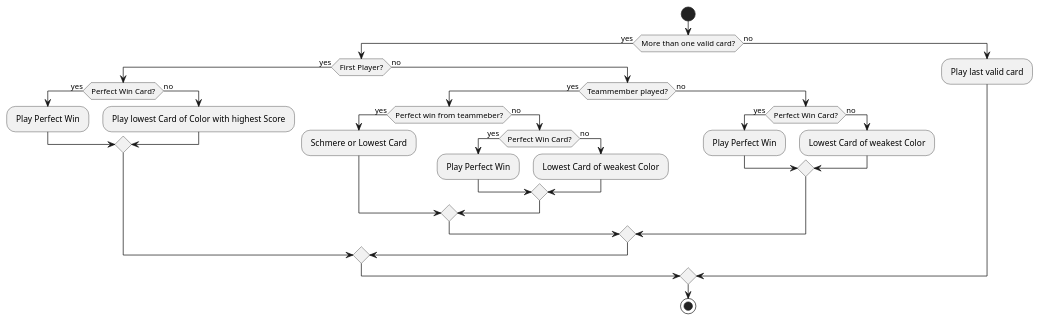
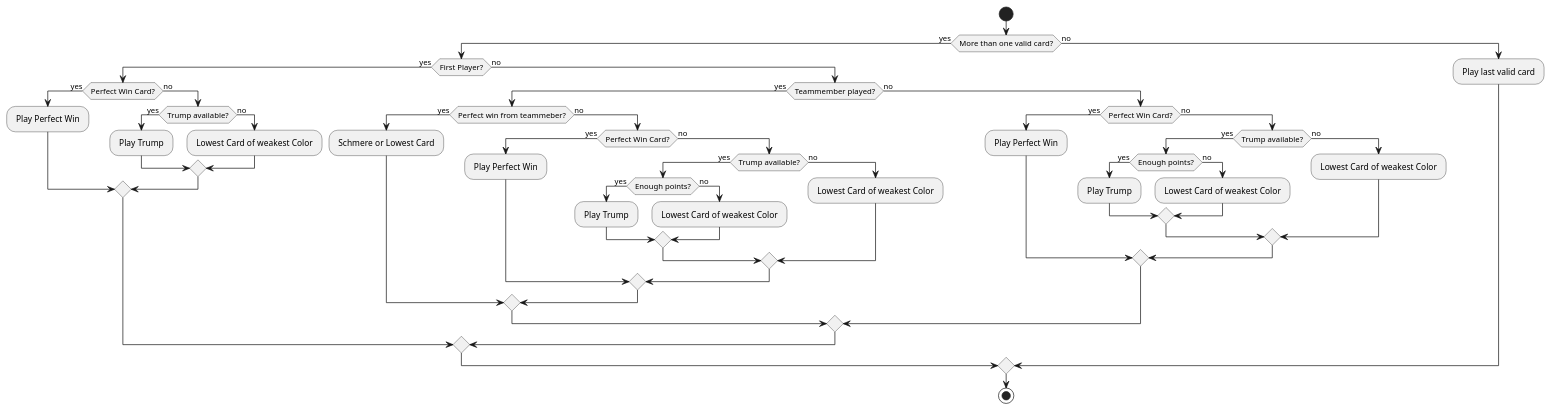
The diagram in RuleBasedPlayer/doc/decision_tree.plantuml (tschibu/hslu-dl4g), drawn with PlantUML before and after one commit. The commit also changed 4 other files, not shown here.

```diff
--- a/RuleBasedPlayer/doc/decision_tree.plantuml
+++ b/RuleBasedPlayer/doc/decision_tree.plantuml
@@ -1,37 +1,57 @@
 @startuml RuleBasedPlayerDecisionTree
 
 start
 
 if (More than one valid card?) then (yes)
   if (First Player?) then (yes)
     if (Perfect Win Card?) then (yes)
         : Play Perfect Win ;
     else (no)
-        : Play lowest Card of Color with highest Score ;
+        if (Trump available?) then (yes)
+          : Play Trump ;
+        else (no)
+          : Lowest Card of weakest Color ;
+        endif
     endif
   else (no)
     if (Teammember played?) then (yes)
       if (Perfect win from teammeber?) then (yes)
         : Schmere or Lowest Card ;
       else (no)
         if (Perfect Win Card?) then (yes)
           : Play Perfect Win ;
         else (no)
-          : Lowest Card of weakest Color ;
+          if (Trump available?) then (yes)
+            if (Enough points?) then (yes)
+              : Play Trump ;
+            else (no)
+              : Lowest Card of weakest Color ;
+            endif
+          else (no)
+            : Lowest Card of weakest Color ;
+          endif
         endif
       endif
     else (no)
       if (Perfect Win Card?) then (yes)
         : Play Perfect Win ;
       else (no)
-        : Lowest Card of weakest Color ;
+        if (Trump available?) then (yes)
+          if (Enough points?) then (yes)
+            : Play Trump ;
+          else (no)
+            : Lowest Card of weakest Color ;
+          endif
+        else (no)
+          : Lowest Card of weakest Color ;
+        endif
       endif
     endif
   endif
 else (no)
   : Play last valid card ;
 endif
 
 stop
 
 @enduml
```
